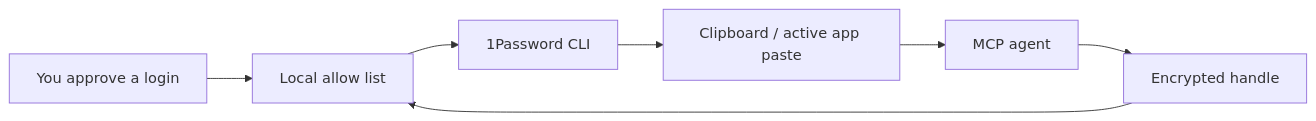
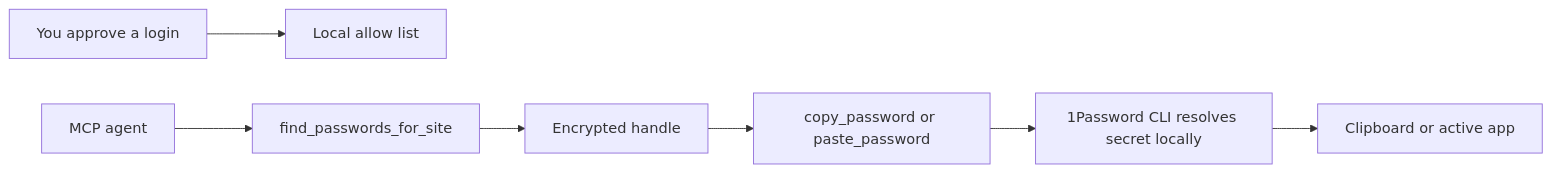
Before and after one commit to gambadio/onepassword-agent-mcp: the diagram in README.md, drawn with Mermaid. The commit also changed other lines of this file and 7 other files, not shown here.

````diff
--- a/README.md
+++ b/README.md
@@ -27,9 +223,9 @@
 ```mermaid
 flowchart LR
   User["You approve a login"] --> Policy["Local allow list"]
-  Agent["MCP agent"] --> Handle["Encrypted handle"]
-  Handle --> Policy
-  Policy --> Op["1Password CLI"]
-  Op --> Paste["Clipboard / active app paste"]
-  Paste --> Agent
+  Agent["MCP agent"] --> Lookup["find_passwords_for_site"]
+  Lookup --> Handle["Encrypted handle"]
+  Handle --> Paste["copy_password or paste_password"]
+  Paste --> Op["1Password CLI resolves secret locally"]
+  Op --> App["Clipboard or active app"]
 ```
````
